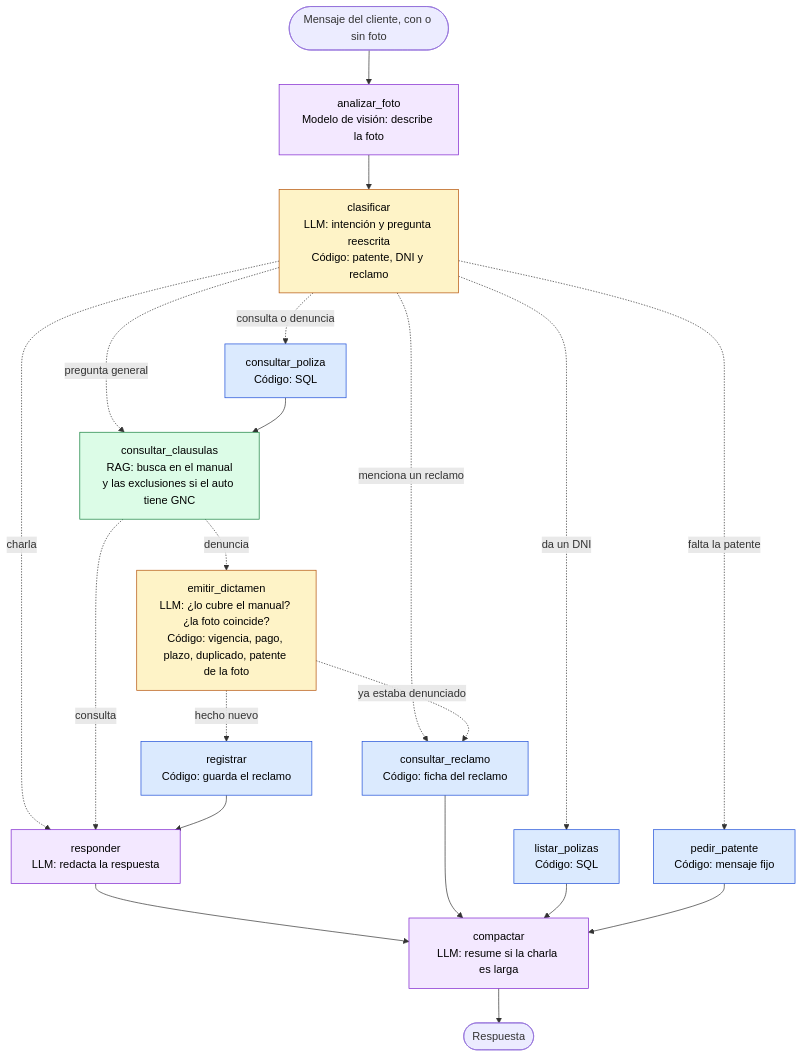
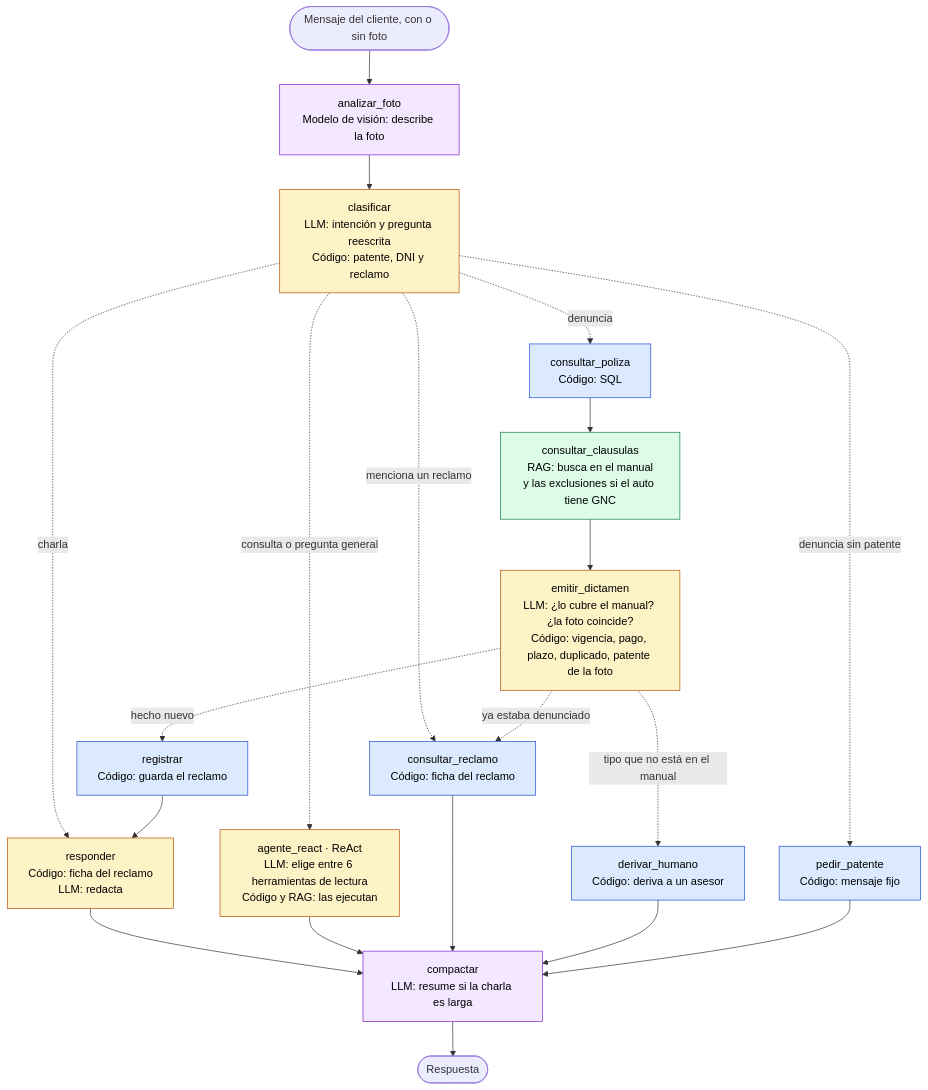
One commit to EscobarNico51380/crisSan changed the diagram in DOCUMENTACION.md. Above: the diagram before and after it, drawn with Mermaid. The commit also changed other lines of this file and 4 other files, not shown here.

First line of the commit message:
docs: el agente ReAct, las herramientas nuevas y la presentacion sin video

````diff
--- a/DOCUMENTACION.md
+++ b/DOCUMENTACION.md
@@ -1039,37 +1079,37 @@
 ```mermaid
 graph TD
     inicio([Mensaje del cliente, con o sin foto]) --> analizar_foto
     analizar_foto["analizar_foto<br/>Modelo de visión: describe la foto"]:::llm
     analizar_foto --> clasificar
     clasificar["clasificar<br/>LLM: intención y pregunta reescrita<br/>Código: patente, DNI y reclamo"]:::mixto
     clasificar -. charla .-> responder
-    clasificar -. pregunta general .-> consultar_clausulas
     clasificar -. menciona un reclamo .-> consultar_reclamo
-    clasificar -. da un DNI .-> listar_polizas
-    clasificar -. falta la patente .-> pedir_patente
-    clasificar -. consulta o denuncia .-> consultar_poliza
+    clasificar -. consulta o pregunta general .-> agente_react
+    clasificar -. denuncia sin patente .-> pedir_patente
+    clasificar -. denuncia .-> consultar_poliza
+    agente_react["agente_react · ReAct<br/>LLM: elige entre 6 herramientas de lectura<br/>Código y RAG: las ejecutan"]:::mixto
     consultar_poliza["consultar_poliza<br/>Código: SQL"]:::codigo
     consultar_clausulas["consultar_clausulas<br/>RAG: busca en el manual<br/>y las exclusiones si el auto tiene GNC"]:::rag
     emitir_dictamen["emitir_dictamen<br/>LLM: ¿lo cubre el manual? ¿la foto coincide?<br/>Código: vigencia, pago, plazo, duplicado, patente de la foto"]:::mixto
     registrar["registrar<br/>Código: guarda el reclamo"]:::codigo
-    responder["responder<br/>LLM: redacta la respuesta"]:::llm
+    derivar_humano["derivar_humano<br/>Código: deriva a un asesor"]:::codigo
+    responder["responder<br/>Código: ficha del reclamo<br/>LLM: redacta"]:::mixto
     consultar_reclamo["consultar_reclamo<br/>Código: ficha del reclamo"]:::codigo
-    listar_polizas["listar_polizas<br/>Código: SQL"]:::codigo
     pedir_patente["pedir_patente<br/>Código: mensaje fijo"]:::codigo
     compactar["compactar<br/>LLM: resume si la charla es larga"]:::llm
-    consultar_poliza --> consultar_clausulas
-    consultar_clausulas -. denuncia .-> emitir_dictamen
-    consultar_clausulas -. consulta .-> responder
+    consultar_poliza --> consultar_clausulas --> emitir_dictamen
     emitir_dictamen -. ya estaba denunciado .-> consultar_reclamo
+    emitir_dictamen -. tipo que no está en el manual .-> derivar_humano
     emitir_dictamen -. hecho nuevo .-> registrar
     registrar --> responder
     responder --> compactar
+    agente_react --> compactar
     consultar_reclamo --> compactar
-    listar_polizas --> compactar
+    derivar_humano --> compactar
     pedir_patente --> compactar
     compactar --> fin([Respuesta])
     classDef codigo fill:#dbeafe,stroke:#1d4ed8,color:#000
     classDef rag fill:#dcfce7,stroke:#15803d,color:#000
     classDef llm fill:#f3e8ff,stroke:#7e22ce,color:#000
     classDef mixto fill:#fef3c7,stroke:#b45309,color:#000
 ```
````
